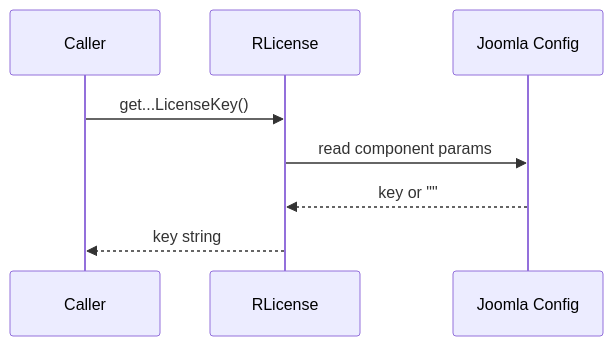
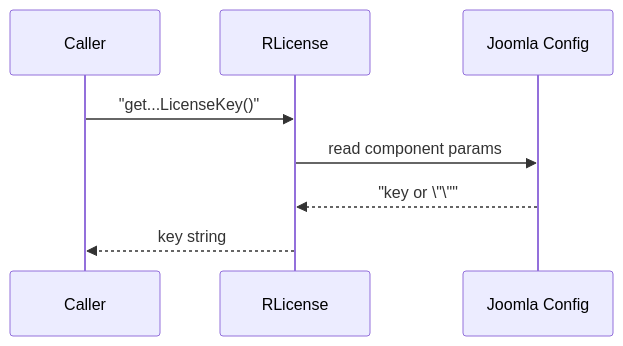
One commit to pauljrhodes/ramblers-library changed the second of 2 diagrams in license/HLD.md. Above: the diagram before and after it, drawn with Mermaid. The commit also changed other lines of this file and 33 other files, not shown here.

Commit message:
Normalize Mermaid diagrams for GitHub rendering

````diff
--- a/license/HLD.md
+++ b/license/HLD.md
@@ -38,11 +38,11 @@
 ```mermaid
 sequenceDiagram
     participant Caller
     participant License as RLicense
     participant Joomla as Joomla Config
 
-    Caller->>License: get...LicenseKey()
+    Caller->>License: "get...LicenseKey()"
     License->>Joomla: read component params
-    Joomla-->>License: key or ""
+    Joomla-->>License: "key or \"\""
     License-->>Caller: key string
 ```
````
